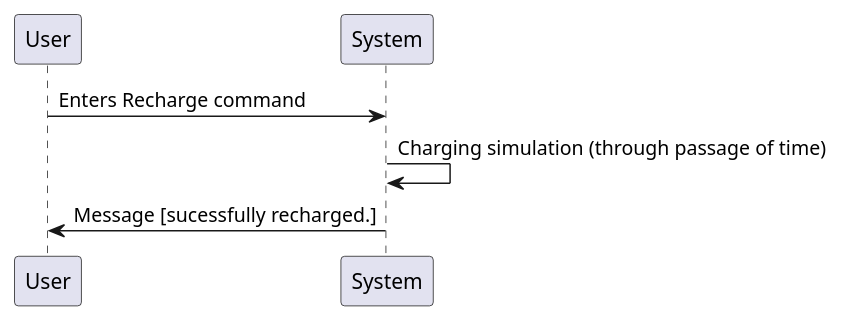
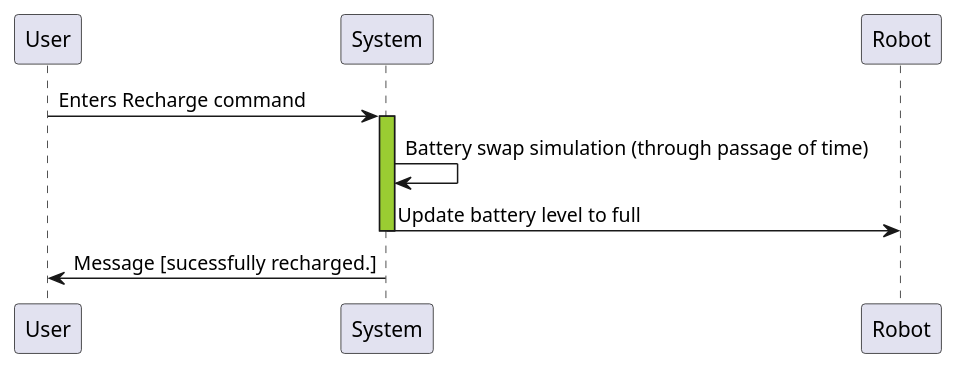
The diagram in docs/design/sequence_diagrams/recharge.puml (arisk02/robot-fleet-management-system), drawn with PlantUML before and after one commit. The commit also changed 2 other files, not shown here.

```diff
--- a/docs/design/sequence_diagrams/recharge.puml
+++ b/docs/design/sequence_diagrams/recharge.puml
@@ -1,7 +1,10 @@
 @startuml
 
 User -> System: Enters Recharge command
-System-> System: Charging simulation (through passage of time)
+activate System #YellowGreen
+System-> System: Battery swap simulation (through passage of time)
+System -> Robot: Update battery level to full
+deactivate
 System -> User: Message [sucessfully recharged.]
 
 @enduml
```
